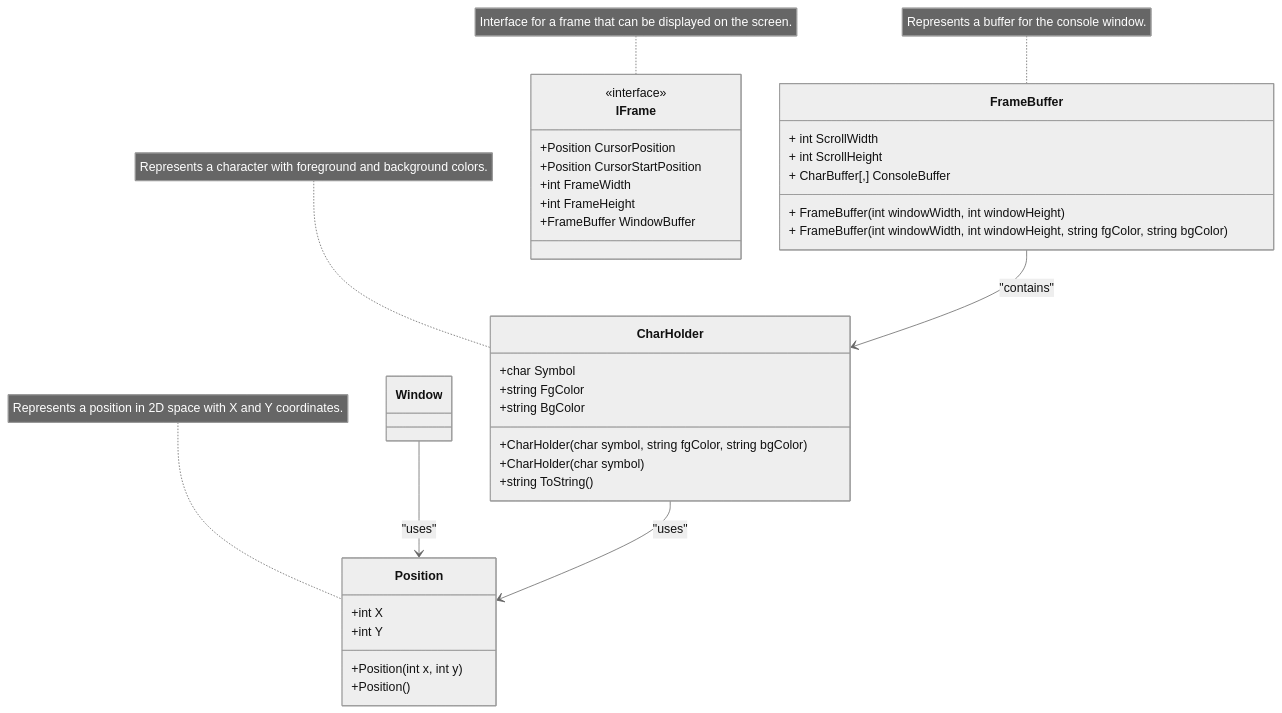
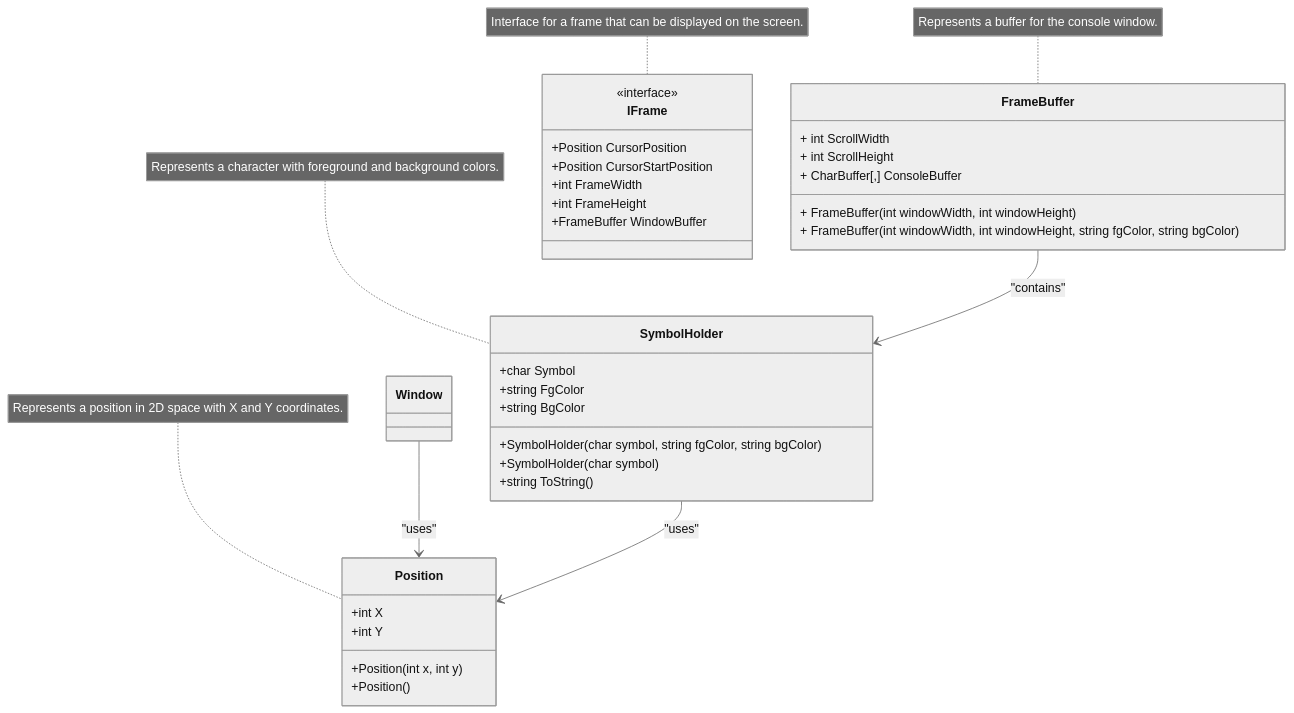
The diagram in documentation/DCD.mmd (TirsvadCLI/Dotnet.Lib.Window), drawn with Mermaid (neutral theme) before and after one commit.

Commit message:
Change CharHolder to SymbolHolder

```diff
--- a/documentation/DCD.mmd
+++ b/documentation/DCD.mmd
@@ -1,44 +1,44 @@
 classDiagram
     class Window {
     }
 
     class FrameBuffer {
         + int ScrollWidth
         + int ScrollHeight
         + CharBuffer[,] ConsoleBuffer
         + FrameBuffer(int windowWidth, int windowHeight)
         + FrameBuffer(int windowWidth, int windowHeight, string fgColor, string bgColor)
     }
     note for FrameBuffer "Represents a buffer for the console window."
 
-    class CharHolder {
+    class SymbolHolder {
         +char Symbol
         +string FgColor
         +string BgColor
-        +CharHolder(char symbol, string fgColor, string bgColor)
-        +CharHolder(char symbol)
+        +SymbolHolder(char symbol, string fgColor, string bgColor)
+        +SymbolHolder(char symbol)
         +string ToString()
     }
-    note for CharHolder "Represents a character with foreground and background colors."
+    note for SymbolHolder "Represents a character with foreground and background colors."
 
     class Position {
         +int X
         +int Y
         +Position(int x, int y)
         +Position()
     }
     note for Position "Represents a position in 2D space with X and Y coordinates."
 
     class IFrame {
         <<interface>>
         +Position CursorPosition
         +Position CursorStartPosition
         +int FrameWidth
         +int FrameHeight
         +FrameBuffer WindowBuffer
     }
     note for IFrame "Interface for a frame that can be displayed on the screen."
 
-    FrameBuffer --> CharHolder : "contains"
+    FrameBuffer --> SymbolHolder : "contains"
     Window --> Position : "uses"
-    CharHolder --> Position : "uses"
+    SymbolHolder --> Position : "uses"
```
